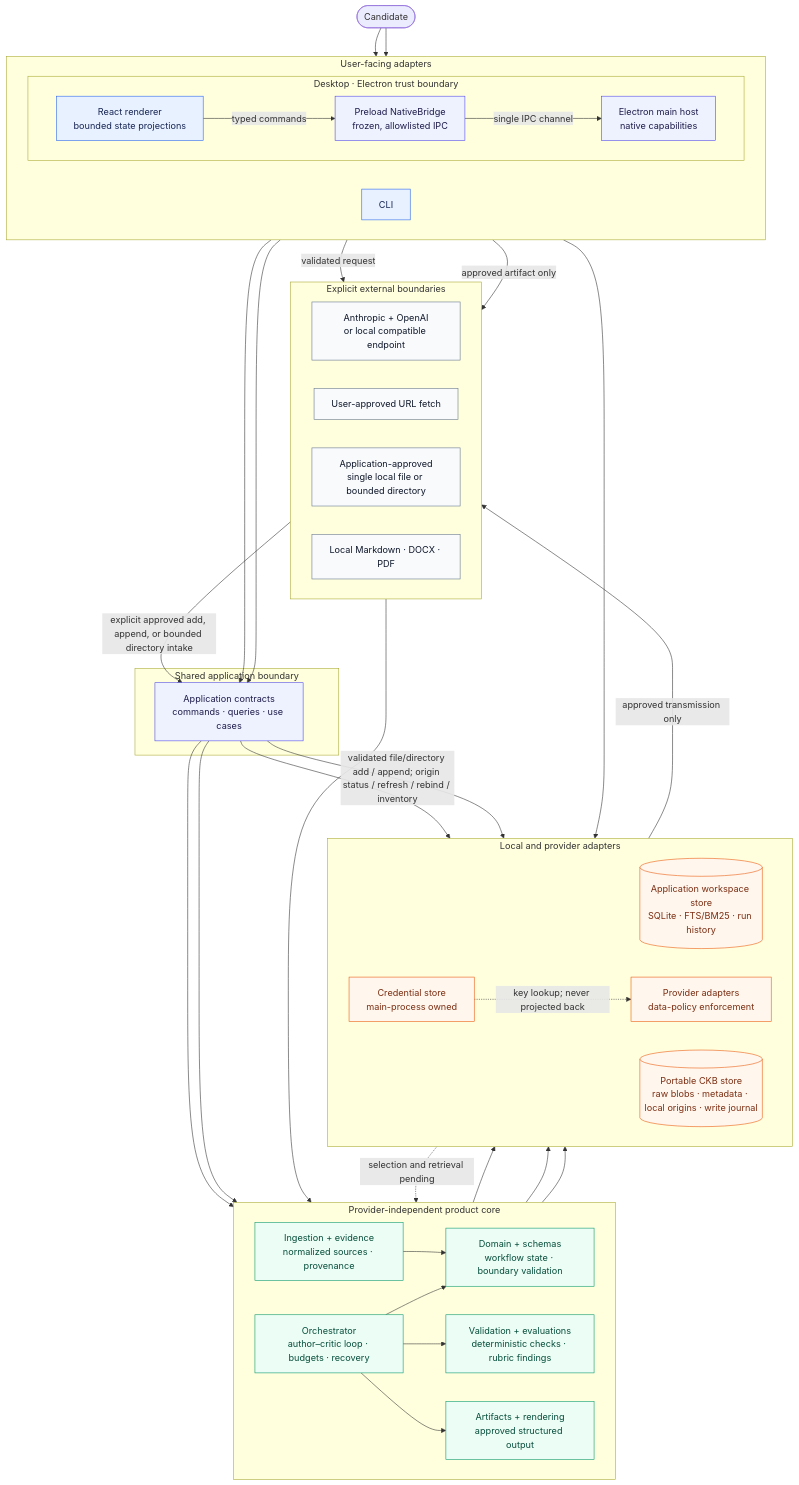
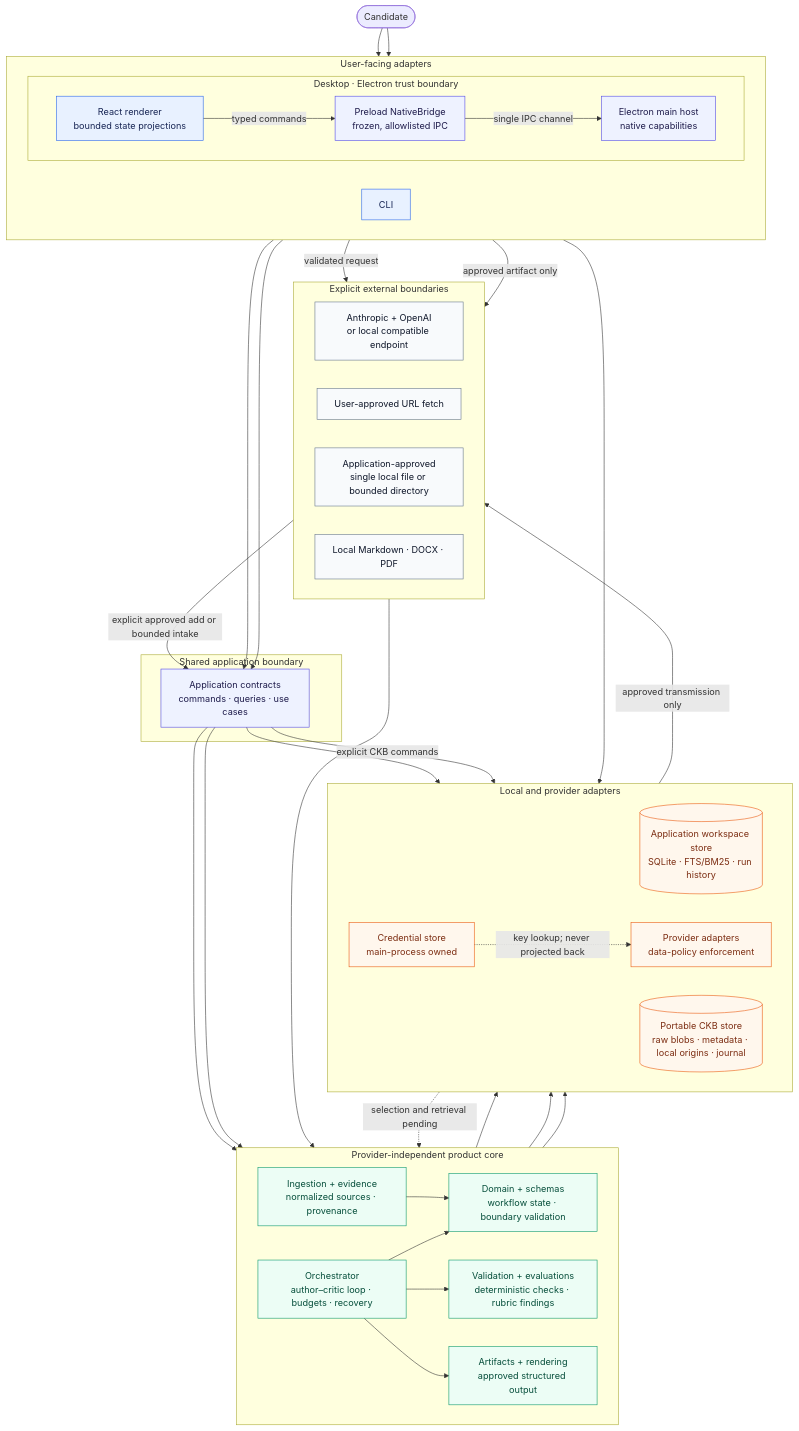
The diagram in docs/architecture.md (akoita/draft-loop), drawn with Mermaid before and after one commit. The commit also changed other lines of this file and 12 other files, not shown here.

````diff
--- a/docs/architecture.md
+++ b/docs/architecture.md
@@ -10,82 +10,82 @@
 ```mermaid
 flowchart TB
     User([Candidate])
 
     subgraph Adapters["User-facing adapters"]
         direction LR
         CLI["CLI"]
 
         subgraph Desktop["Desktop · Electron trust boundary"]
             direction LR
             Renderer["React renderer<br/>bounded state projections"]
             Bridge["Preload NativeBridge<br/>frozen, allowlisted IPC"]
             Host["Electron main host<br/>native capabilities"]
             Renderer -->|"typed commands"| Bridge
             Bridge -->|"single IPC channel"| Host
         end
     end
 
     subgraph Application["Shared application boundary"]
         App["Application contracts<br/>commands · queries · use cases"]
     end
 
     subgraph Core["Provider-independent product core"]
         direction LR
         Orchestrator["Orchestrator<br/>author–critic loop · budgets · recovery"]
         Domain["Domain + schemas<br/>workflow state · boundary validation"]
         Knowledge["Ingestion + evidence<br/>normalized sources · provenance"]
         Quality["Validation + evaluations<br/>deterministic checks · rubric findings"]
         Artifacts["Artifacts + rendering<br/>approved structured output"]
         Orchestrator --> Domain
         Knowledge --> Domain
         Orchestrator --> Quality
         Orchestrator --> Artifacts
     end
 
     subgraph Infrastructure["Local and provider adapters"]
         direction LR
         WorkspaceStore[("Application workspace store<br/>SQLite · FTS/BM25 · run history")]
-        CKBStore[("Portable CKB store<br/>raw blobs · metadata · local origins · write journal")]
+        CKBStore[("Portable CKB store<br/>raw blobs · metadata · local origins · journal")]
         Providers["Provider adapters<br/>data-policy enforcement"]
         Credentials["Credential store<br/>main-process owned"]
     end
 
     subgraph External["Explicit external boundaries"]
         direction LR
         Models["Anthropic + OpenAI<br/>or local compatible endpoint"]
         URL["User-approved URL fetch"]
         LocalFile["Application-approved<br/>single local file or bounded directory"]
         Export["Local Markdown · DOCX · PDF"]
     end
 
     User --> CLI
     User --> Renderer
     CLI --> App
     Host --> App
     App --> Orchestrator
     App --> Knowledge
     App --> WorkspaceStore
     Domain --> WorkspaceStore
     Knowledge --> WorkspaceStore
-    App -->|"validated file/directory add / append; origin status / refresh / rebind / inventory"| CKBStore
+    App -->|"explicit CKB commands"| CKBStore
     CKBStore -.->|"selection and retrieval pending"| Knowledge
     Orchestrator --> Providers
     Host --> Credentials
     Credentials -.->|"key lookup; never projected back"| Providers
     Providers -->|"approved transmission only"| Models
     Host -->|"validated request"| URL
     URL --> Knowledge
-    LocalFile -->|"explicit approved add, append, or bounded directory intake"| App
+    LocalFile -->|"explicit approved add or bounded intake"| App
     Host -->|"approved artifact only"| Export
 
     classDef ui fill:#e8f1ff,stroke:#2563eb,color:#172554;
     classDef boundary fill:#eef2ff,stroke:#4f46e5,color:#1e1b4b;
     classDef core fill:#ecfdf5,stroke:#059669,color:#064e3b;
     classDef infra fill:#fff7ed,stroke:#ea580c,color:#7c2d12;
     classDef external fill:#f8fafc,stroke:#64748b,color:#0f172a;
     class CLI,Renderer ui;
     class Bridge,Host,App boundary;
     class Orchestrator,Domain,Knowledge,Quality,Artifacts core;
     class WorkspaceStore,CKBStore,Providers,Credentials infra;
     class Models,URL,LocalFile,Export external;
 ```
````
